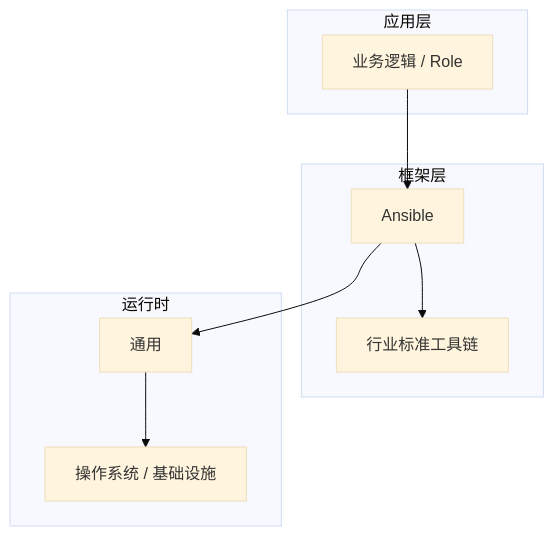
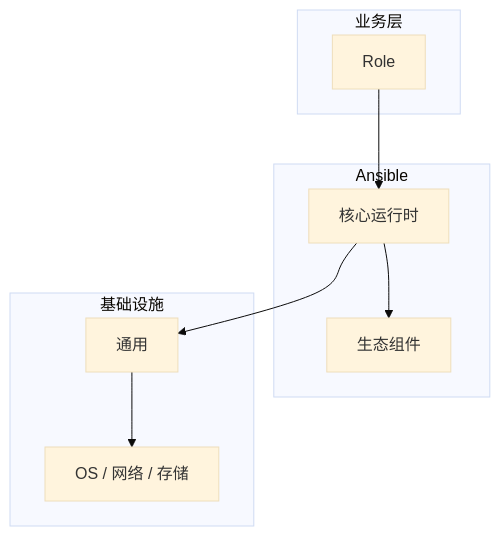
One commit to yanggan2015/knowledge-json-v2 changed the diagram in articles/Ansible/chapters/021-Role核心概念与原理.md. Above: the diagram before and after it, drawn with Mermaid (base theme). The commit also changed other lines of this file and 10127 other files, not shown here.

````diff
--- a/articles/Ansible/chapters/021-Role核心概念与原理.md
+++ b/articles/Ansible/chapters/021-Role核心概念与原理.md
@@ -45,18 +34,18 @@
 ```mermaid
 graph TB
-    subgraph 应用层
-        A[业务逻辑 / Role]
+    subgraph 业务层
+        A[Role]
     end
-    subgraph 框架层
-        B[Ansible]
-        C[行业标准工具链]
+    subgraph Ansible
+        B[核心运行时]
+        C[生态组件]
     end
-    subgraph 运行时
+    subgraph 基础设施
         D[通用]
-        E[操作系统 / 基础设施]
+        E[OS / 网络 / 存储]
     end
     A --> B
     B --> C
     B --> D
     D --> E
 ```
````
